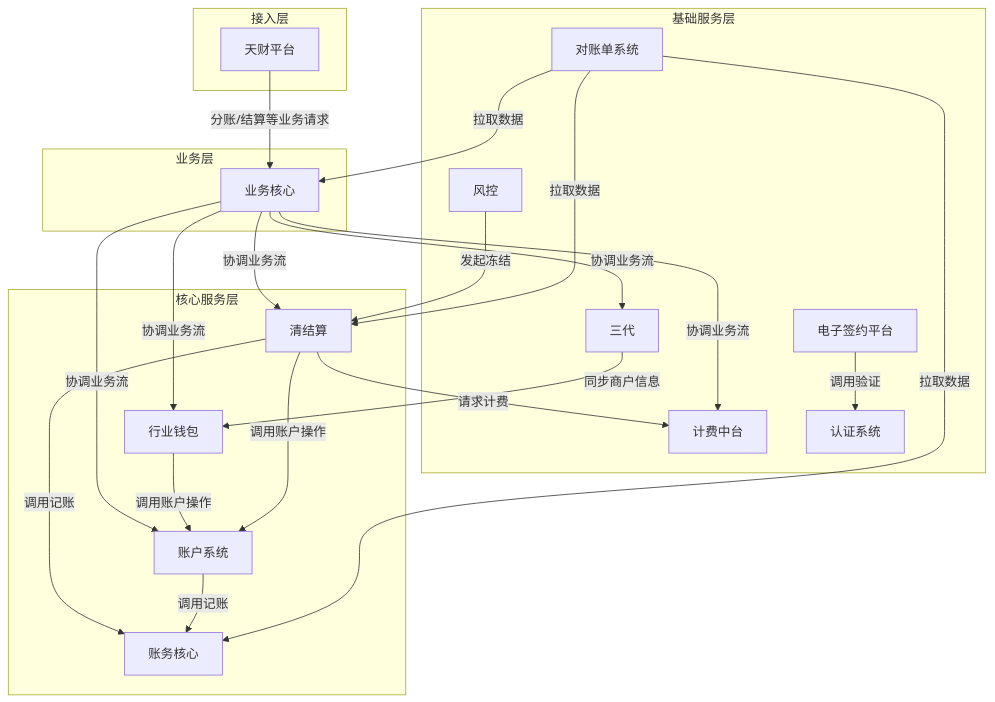
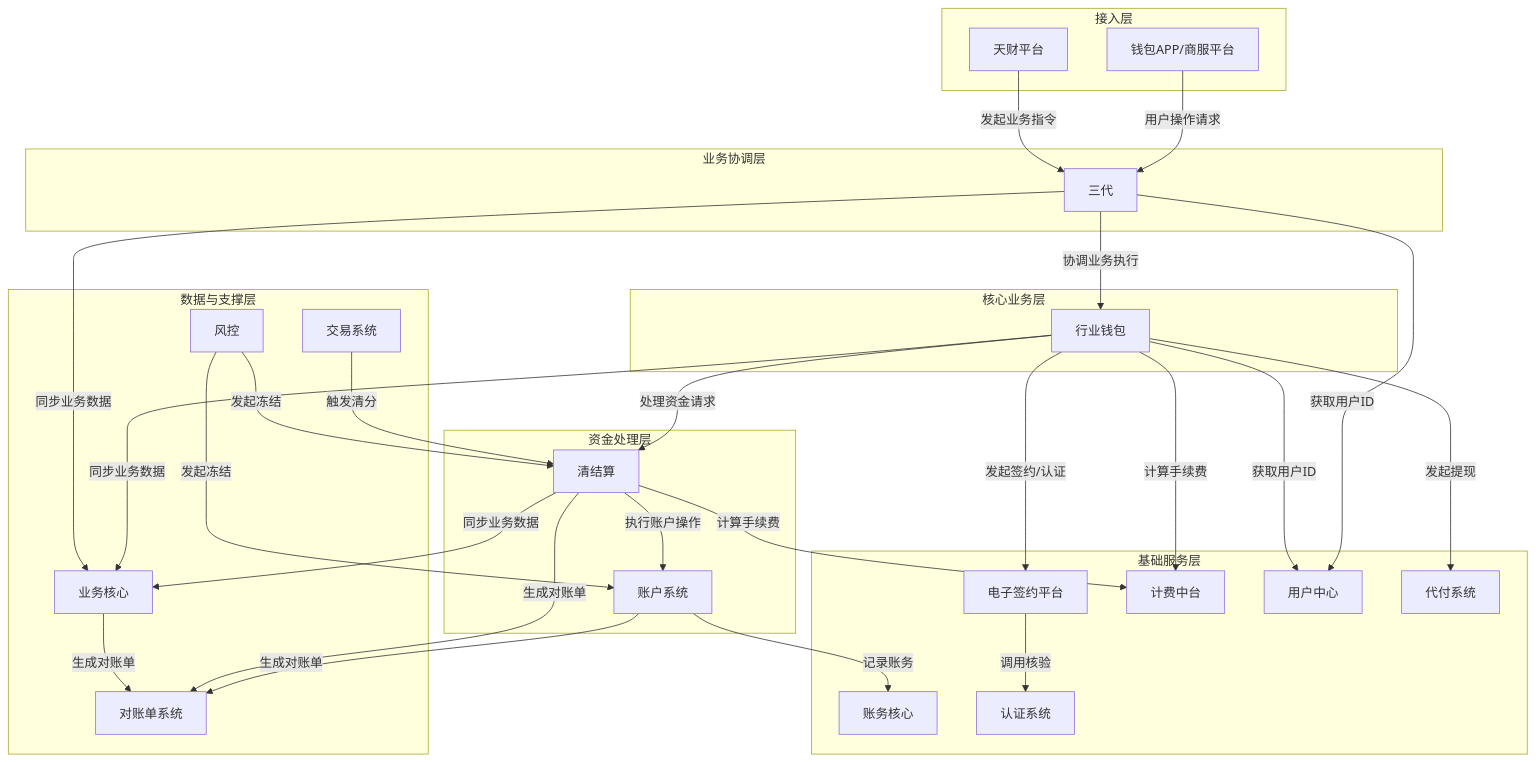
The first of 4 diagrams in data/天财分账需求/gpt-5.2/workspace/01_global/system_design.md (youzi211/AiCoding), drawn with Mermaid before and after one commit. The commit also changed other lines of this file and 41 other files, not shown here.

````diff
--- a/data/天财分账需求/gpt-5.2/workspace/01_global/system_design.md
+++ b/data/天财分账需求/gpt-5.2/workspace/01_global/system_design.md
@@ -11,47 +4,52 @@
 ```mermaid
-flowchart TD
-    subgraph A[接入层]
-        A1[天财平台]
+graph TB
+    subgraph "接入层"
+        A[天财平台]
+        B[钱包APP/商服平台]
     end
 
-    subgraph B[业务层]
-        B1[业务核心]
+    subgraph "业务协调层"
+        C[三代]
     end
 
-    subgraph C[核心服务层]
-        C1[行业钱包]
-        C2[清结算]
-        C3[账户系统]
-        C4[账务核心]
+    subgraph "核心业务层"
+        D[行业钱包]
     end
 
-    subgraph D[基础服务层]
-        D1[计费中台]
-        D2[电子签约平台]
-        D3[认证系统]
-        D4[风控]
-        D5[对账单系统]
-        D6[三代]
+    subgraph "资金处理层"
+        E[清结算]
+        F[账户系统]
     end
 
-    A1 -- 分账/结算等业务请求 --> B1
+    subgraph "基础服务层"
+        G[账务核心]
+        H[电子签约平台]
+        I[认证系统]
+        J[计费中台]
+        K[用户中心]
+        L[代付系统]
+    end
 
-    B1 -- 协调业务流 --> C1
-    B1 -- 协调业务流 --> C2
-    B1 -- 协调业务流 --> C3
-    B1 -- 协调业务流 --> D1
-    B1 -- 协调业务流 --> D6
+    subgraph "数据与支撑层"
+        M[业务核心]
+        N[对账单系统]
+        O[风控]
+        P[交易系统]
+    end
 
-    C1 -- 调用账户操作 --> C3
-    C2 -- 调用记账 --> C4
-    C2 -- 调用账户操作 --> C3
-    C2 -- 请求计费 --> D1
-    C3 -- 调用记账 --> C4
-
-    D2 -- 调用验证 --> D3
-    D4 -- 发起冻结 --> C2
-    D5 -- 拉取数据 --> B1
-    D5 -- 拉取数据 --> C2
-    D5 -- 拉取数据 --> C4
-    D6 -- 同步商户信息 --> C1
+    A -->|发起业务指令| C
+    B -->|用户操作请求| C
+    C -->|协调业务执行| D
+    D -->|处理资金请求| E
+    E -->|执行账户操作| F
+    F -->|记录账务| G
+    D -->|发起签约/认证| H
+    H -->|调用核验| I
+    E & D -->|计算手续费| J
+    D & C -->|获取用户ID| K
+    D -->|发起提现| L
+    C & D & E -->|同步业务数据| M
+    M & E & F -->|生成对账单| N
+    O -->|发起冻结| E & F
+    P -->|触发清分| E
 ```
````
